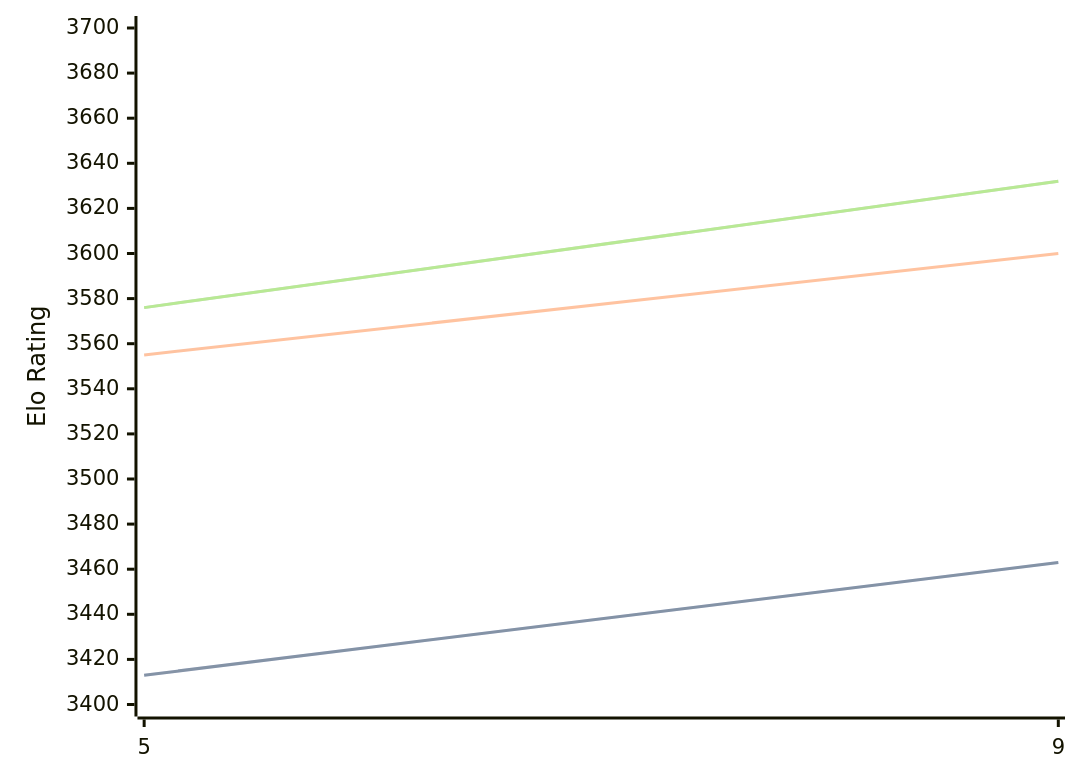
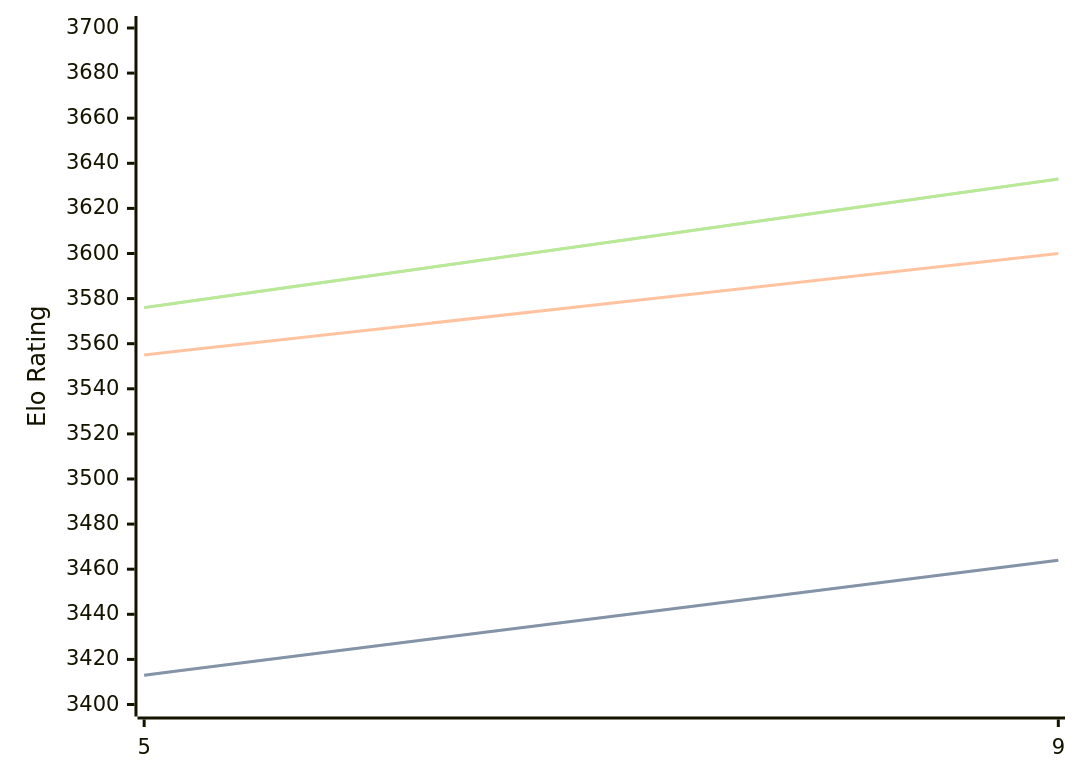
Before and after one commit to computer-chess-index/cci: the diagram in engines/Crystal.md, drawn with Mermaid. The commit also changed other lines of this file, not shown here.

Commit message:
Update CCI Ratings (ELO VLTC) - 2026-02-19

````diff
--- a/engines/Crystal.md
+++ b/engines/Crystal.md
@@ -57,11 +57,11 @@
 ```mermaid
 %%{init: {"theme":"base","themeVariables":{"seriesColors:['#a3a3a3','#222221','#faa371']}}}%%
 xychart-beta
   x-axis ["5", "9"]
   y-axis "Elo Rating" 3400 --> 3700
-  line "STC (8.0+0.08s)" [3413, 3463]
-  line "STC (8.0+0.08s)" [3413, 3463]
+  line "STC (8.0+0.08s)" [3413, 3464]
+  line "STC (8.0+0.08s)" [3413, 3464]
   line "LTC (60.0+0.60s)" [3555, 3600]
-  line "VLTC (2m24s+1.12s)" [3576, 3632]
-  line "VLTC (2m24s+1.12s)" [3576, 3632]
+  line "VLTC (2m24s+1.12s)" [3576, 3633]
+  line "VLTC (2m24s+1.12s)" [3576, 3633]
 ```
````
